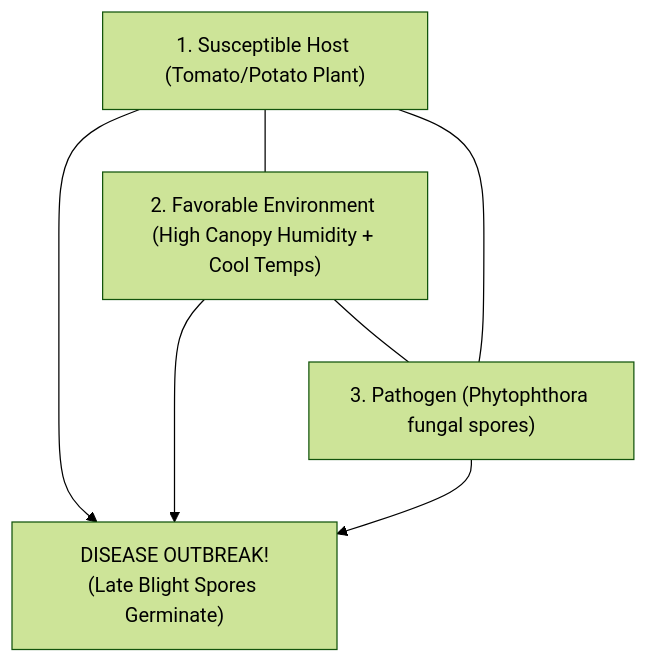
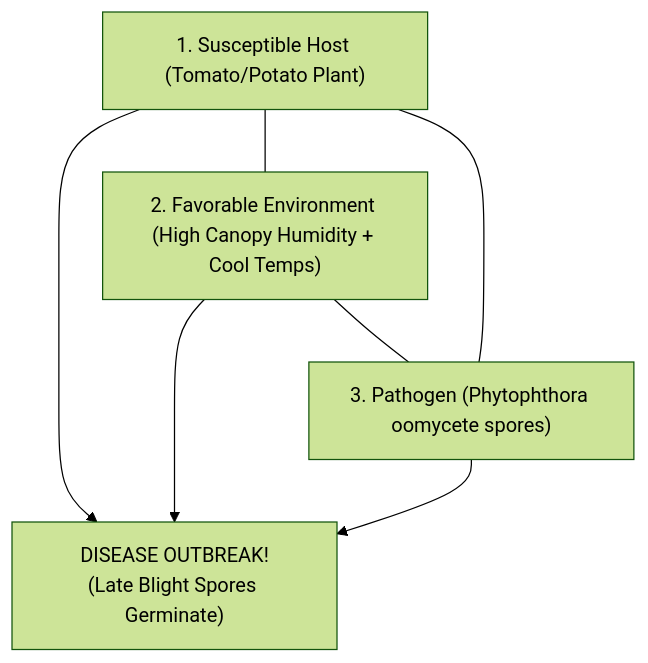
Before and after one commit to gautamkr0104/KRISHI-DRISHTI: the diagram in README.md, drawn with Mermaid (forest theme). The commit also changed other lines of this file and 17 other files, not shown here.

````diff
--- a/README.md
+++ b/README.md
@@ -46,7 +46,7 @@
 ```mermaid
 flowchart TD
     Host["1. Susceptible Host (Tomato/Potato Plant)"] --- Env["2. Favorable Environment (High Canopy Humidity + Cool Temps)"]
-    Env --- Pathogen["3. Pathogen (Phytophthora fungal spores)"]
+    Env --- Pathogen["3. Pathogen (Phytophthora oomycete spores)"]
     Pathogen --- Host
     Host & Env & Pathogen --> Disease["DISEASE OUTBREAK!\n(Late Blight Spores Germinate)"]
 ```
````
